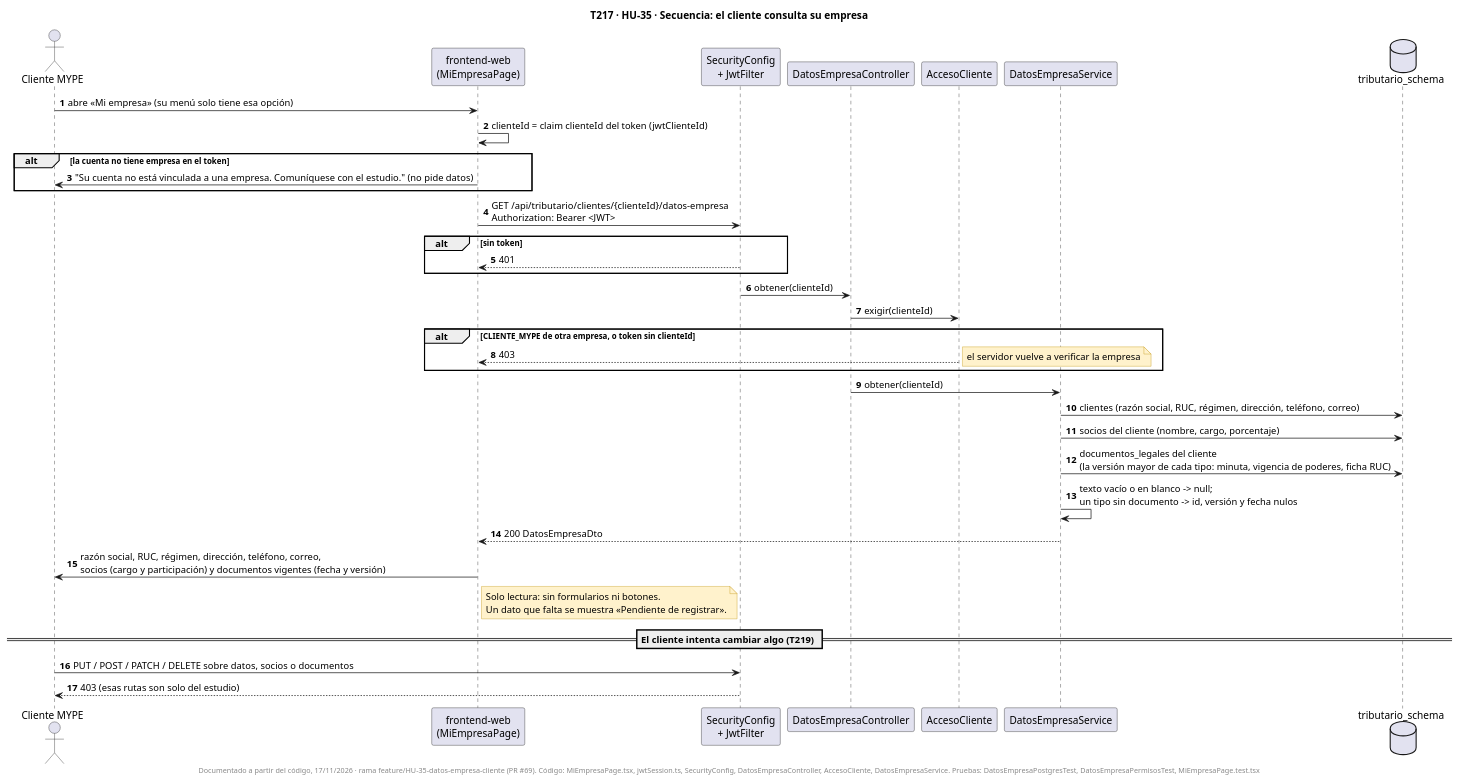
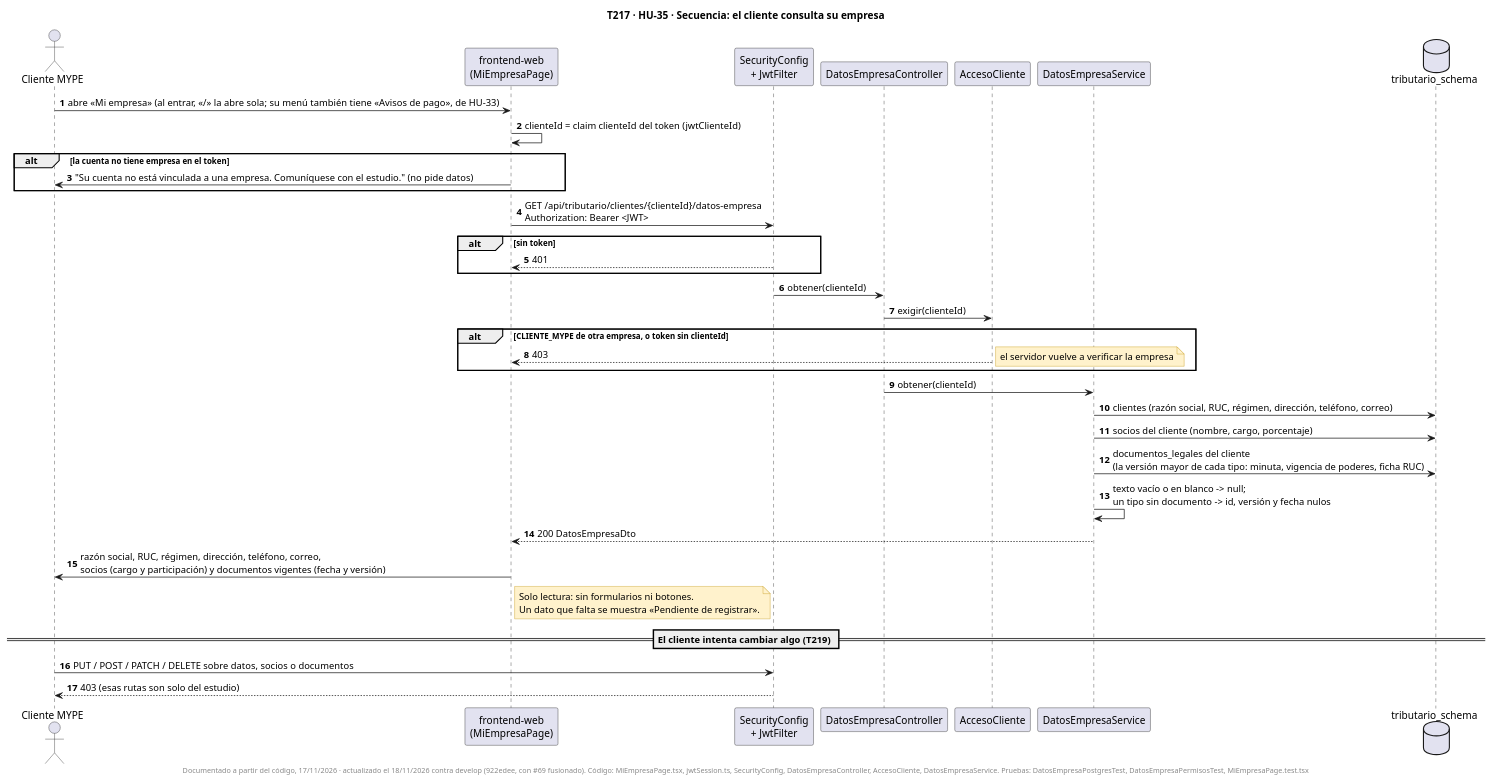
Before and after one commit to fabianrodriguez33/plus-contable: the diagram in docs/uml/T217-HU35-secuencia-mi-empresa.puml, drawn with PlantUML. The commit also changed 11 other files, not shown here.

Commit message:
Diagramas de HU-33, HU-35 y HU-34 actualizados con develop: pantalla «Avisos de pago», redirección al renderizar, 401 que borra la copia local y caché versionado

```diff
--- a/docs/uml/T217-HU35-secuencia-mi-empresa.puml
+++ b/docs/uml/T217-HU35-secuencia-mi-empresa.puml
@@ -1,48 +1,48 @@
 @startuml
 title T217 · HU-35 · Secuencia: el cliente consulta su empresa
 skinparam shadowing false
 skinparam noteBackgroundColor #FFF2CC
 skinparam noteBorderColor #BF9000
 autonumber
 
 actor "Cliente MYPE" as U
 participant "frontend-web\n(MiEmpresaPage)" as FE
 participant "SecurityConfig\n+ JwtFilter" as SEC
 participant "DatosEmpresaController" as DC
 participant "AccesoCliente" as AX
 participant "DatosEmpresaService" as DS
 database "tributario_schema" as DB
 
-U -> FE : abre «Mi empresa» (su menú solo tiene esa opción)
+U -> FE : abre «Mi empresa» (al entrar, «/» la abre sola; su menú también tiene «Avisos de pago», de HU-33)
 FE -> FE : clienteId = claim clienteId del token (jwtClienteId)
 alt la cuenta no tiene empresa en el token
   FE -> U : "Su cuenta no está vinculada a una empresa. Comuníquese con el estudio." (no pide datos)
 end
 FE -> SEC : GET /api/tributario/clientes/{clienteId}/datos-empresa\nAuthorization: Bearer <JWT>
 alt sin token
   SEC --> FE : 401
 end
 SEC -> DC : obtener(clienteId)
 DC -> AX : exigir(clienteId)
 alt CLIENTE_MYPE de otra empresa, o token sin clienteId
   AX --> FE : 403
   note right : el servidor vuelve a verificar la empresa
 end
 DC -> DS : obtener(clienteId)
 DS -> DB : clientes (razón social, RUC, régimen, dirección, teléfono, correo)
 DS -> DB : socios del cliente (nombre, cargo, porcentaje)
 DS -> DB : documentos_legales del cliente\n(la versión mayor de cada tipo: minuta, vigencia de poderes, ficha RUC)
 DS -> DS : texto vacío o en blanco -> null;\nun tipo sin documento -> id, versión y fecha nulos
 DS --> FE : 200 DatosEmpresaDto
 FE -> U : razón social, RUC, régimen, dirección, teléfono, correo,\nsocios (cargo y participación) y documentos vigentes (fecha y versión)
 note right of FE
   Solo lectura: sin formularios ni botones.
   Un dato que falta se muestra «Pendiente de registrar».
 end note
 
 == El cliente intenta cambiar algo (T219) ==
 U -> SEC : PUT / POST / PATCH / DELETE sobre datos, socios o documentos
 SEC --> U : 403 (esas rutas son solo del estudio)
 
-footer Documentado a partir del código, 17/11/2026 · rama feature/HU-35-datos-empresa-cliente (PR #69). Código: MiEmpresaPage.tsx, jwtSession.ts, SecurityConfig, DatosEmpresaController, AccesoCliente, DatosEmpresaService. Pruebas: DatosEmpresaPostgresTest, DatosEmpresaPermisosTest, MiEmpresaPage.test.tsx
+footer Documentado a partir del código, 17/11/2026 · actualizado el 18/11/2026 contra develop (922edee, con #69 fusionado). Código: MiEmpresaPage.tsx, jwtSession.ts, SecurityConfig, DatosEmpresaController, AccesoCliente, DatosEmpresaService. Pruebas: DatosEmpresaPostgresTest, DatosEmpresaPermisosTest, MiEmpresaPage.test.tsx
 @enduml
```
